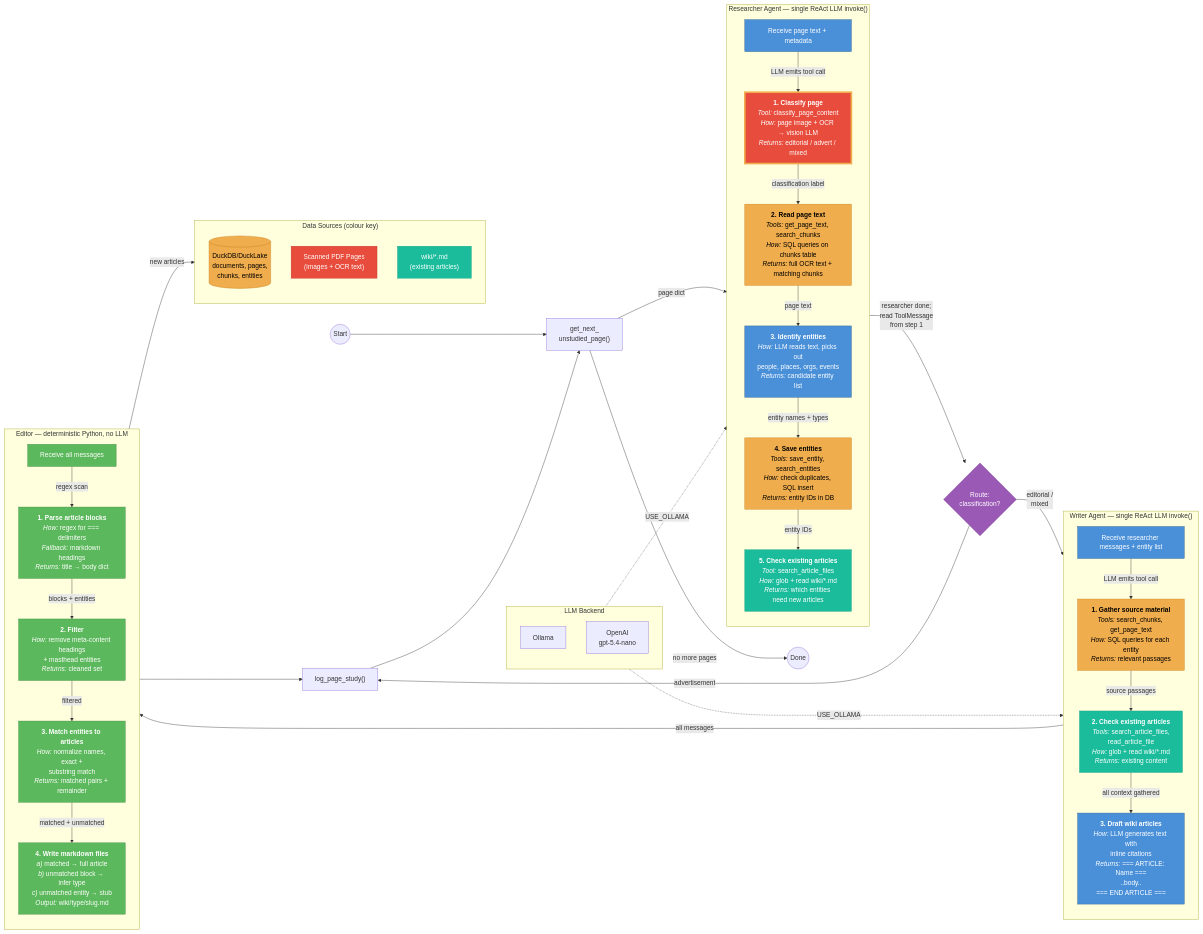
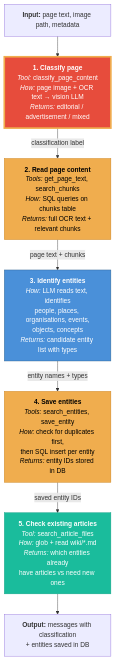
One commit to alastairrushworth/docswarm changed the second of 4 diagrams in docs/swarm-flow.md. Above: the diagram before and after it, drawn with Mermaid. The commit also changed other lines of this file, not shown here.

````diff
--- a/docs/swarm-flow.md
+++ b/docs/swarm-flow.md
@@ -3,135 +66,38 @@
 ```mermaid
-flowchart LR
-    subgraph KEY["Data Sources (colour key)"]
-        direction TB
-        DB[(DuckDB/DuckLake<br/>documents, pages,<br/>chunks, entities)]
-        PDF["Scanned PDF Pages<br/>(images + OCR text)"]
-        WIKI_IN["wiki/*.md<br/>(existing articles)"]
-    end
+flowchart TD
+    IN["<b>Input:</b> page text, image path, metadata"]
 
-    START((Start)) --> NEXT["get_next_<br/>unstudied_page()"]
-    NEXT -->|"page dict"| R
+    IN --> S1
 
-    subgraph LLM_BACKEND["LLM Backend"]
-        direction TB
-        OLLAMA["Ollama"]
-        OPENAI["OpenAI<br/>gpt-5.4-nano"]
-    end
+    S1["<b>1. Classify page</b><br/><i>Tool:</i> classify_page_content<br/><i>How:</i> page image + OCR text &rarr; vision LLM<br/><i>Returns:</i> editorial / advertisement / mixed"]
 
-    subgraph RESEARCHER["Researcher Agent — single ReAct LLM invoke()"]
-        direction TB
+    S1 -->|"classification label"| S2
 
-        R["Receive page text + metadata"]
+    S2["<b>2. Read page content</b><br/><i>Tools:</i> get_page_text, search_chunks<br/><i>How:</i> SQL queries on chunks table<br/><i>Returns:</i> full OCR text + relevant chunks"]
 
-        R -->|"LLM emits tool call"| R_CLASSIFY
+    S2 -->|"page text + chunks"| S3
 
-        R_CLASSIFY["<b>1. Classify page</b><br/><i>Tool:</i> classify_page_content<br/><i>How:</i> page image + OCR &rarr; vision LLM<br/><i>Returns:</i> editorial / advert / mixed"]
+    S3["<b>3. Identify entities</b><br/><i>How:</i> LLM reads text, identifies<br/>people, places, organisations, events,<br/>objects, concepts<br/><i>Returns:</i> candidate entity list with types"]
 
-        R_CLASSIFY -->|"classification label"| R_EXTRACT
+    S3 -->|"entity names + types"| S4
 
-        R_EXTRACT["<b>2. Read page text</b><br/><i>Tools:</i> get_page_text, search_chunks<br/><i>How:</i> SQL queries on chunks table<br/><i>Returns:</i> full OCR text + matching chunks"]
+    S4["<b>4. Save entities</b><br/><i>Tools:</i> search_entities, save_entity<br/><i>How:</i> check for duplicates first,<br/>then SQL insert per entity<br/><i>Returns:</i> entity IDs stored in DB"]
 
-        R_EXTRACT -->|"page text"| R_IDENTIFY
+    S4 -->|"saved entity IDs"| S5
 
-        R_IDENTIFY["<b>3. Identify entities</b><br/><i>How:</i> LLM reads text, picks out<br/>people, places, orgs, events<br/><i>Returns:</i> candidate entity list"]
+    S5["<b>5. Check existing articles</b><br/><i>Tool:</i> search_article_files<br/><i>How:</i> glob + read wiki/*.md<br/><i>Returns:</i> which entities already<br/>have articles vs need new ones"]
 
-        R_IDENTIFY -->|"entity names + types"| R_SAVE
-
-        R_SAVE["<b>4. Save entities</b><br/><i>Tools:</i> save_entity, search_entities<br/><i>How:</i> check duplicates, SQL insert<br/><i>Returns:</i> entity IDs in DB"]
-
-        R_SAVE -->|"entity IDs"| R_CHECK
-
-        R_CHECK["<b>5. Check existing articles</b><br/><i>Tool:</i> search_article_files<br/><i>How:</i> glob + read wiki/*.md<br/><i>Returns:</i> which entities need new articles"]
-    end
-
-    R_CHECK -->|"researcher done;<br/>read ToolMessage<br/>from step 1"| ROUTE
-
-    ROUTE{"Route:<br/>classification?"}
-    ROUTE -->|"advertisement"| MARK
-    ROUTE -->|"editorial /<br/>mixed"| W
-
-    subgraph WRITER["Writer Agent — single ReAct LLM invoke()"]
-        direction TB
-
-        W["Receive researcher messages + entity list"]
-
-        W -->|"LLM emits tool call"| W_READ
-
-        W_READ["<b>1. Gather source material</b><br/><i>Tools:</i> search_chunks, get_page_text<br/><i>How:</i> SQL queries for each entity<br/><i>Returns:</i> relevant passages"]
-
-        W_READ -->|"source passages"| W_SEARCH
-
-        W_SEARCH["<b>2. Check existing articles</b><br/><i>Tools:</i> search_article_files,<br/>read_article_file<br/><i>How:</i> glob + read wiki/*.md<br/><i>Returns:</i> existing content"]
-
-        W_SEARCH -->|"all context gathered"| W_DRAFT
-
-        W_DRAFT["<b>3. Draft wiki articles</b><br/><i>How:</i> LLM generates text with<br/>inline citations<br/><i>Returns:</i> === ARTICLE: Name ===<br/>..body..<br/>=== END ARTICLE ==="]
-    end
-
-    W_DRAFT -->|"all messages"| E
-
-    subgraph EDITOR["Editor — deterministic Python, no LLM"]
-        direction TB
-
-        E["Receive all messages"]
-
-        E -->|"regex scan"| E_PARSE
-
-        E_PARSE["<b>1. Parse article blocks</b><br/><i>How:</i> regex for === delimiters<br/><i>Fallback:</i> markdown headings<br/><i>Returns:</i> title &rarr; body dict"]
-
-        E_PARSE -->|"blocks + entities"| E_FILTER
-
-        E_FILTER["<b>2. Filter</b><br/><i>How:</i> remove meta-content headings<br/>+ masthead entities<br/><i>Returns:</i> cleaned set"]
-
-        E_FILTER -->|"filtered"| E_MATCH
-
-        E_MATCH["<b>3. Match entities to articles</b><br/><i>How:</i> normalize names, exact +<br/>substring match<br/><i>Returns:</i> matched pairs + remainder"]
-
-        E_MATCH -->|"matched + unmatched"| E_WRITE
-
-        E_WRITE["<b>4. Write markdown files</b><br/><i>a)</i> matched &rarr; full article<br/><i>b)</i> unmatched block &rarr; infer type<br/><i>c)</i> unmatched entity &rarr; stub<br/><i>Output:</i> wiki/type/slug.md"]
-    end
-
-    E_WRITE -->|"new articles"| WIKI_IN
-    E_WRITE --> MARK["log_page_study()"]
-    MARK --> NEXT
-
-    NEXT -->|"no more pages"| DONE((Done))
-
-    LLM_BACKEND -.->|"USE_OLLAMA"| RESEARCHER
-    LLM_BACKEND -.->|"USE_OLLAMA"| WRITER
+    S5 --> OUT["<b>Output:</b> messages with classification<br/>+ entities saved in DB"]
 
     %% Styling
-    classDef deterministic fill:#5cb85c,stroke:#3d8b3d,color:#fff
-    classDef decision fill:#9b59b6,stroke:#7d3c98,color:#fff
-
-    %% Data source colours
     classDef srcDb fill:#f0ad4e,stroke:#c77f1a,color:#000
-    classDef srcPdf fill:#e74c3c,stroke:#c0392b,color:#fff
     classDef srcWiki fill:#1abc9c,stroke:#16a085,color:#fff
     classDef srcMixed fill:#e74c3c,stroke:#f0ad4e,color:#fff,stroke-width:4px
     classDef srcLlm fill:#4a90d9,stroke:#2c5f8a,color:#fff
 
-    %% Researcher steps by data source
-    class R srcLlm
-    class R_CLASSIFY srcMixed
-    class R_EXTRACT srcDb
-    class R_IDENTIFY srcLlm
-    class R_SAVE srcDb
-    class R_CHECK srcWiki
-
-    %% Writer steps by data source
-    class W srcLlm
-    class W_READ srcDb
-    class W_SEARCH srcWiki
-    class W_DRAFT srcLlm
-
-    %% Editor steps
-    class E,E_PARSE,E_FILTER,E_MATCH,E_WRITE deterministic
-
-    %% Decision + key
-    class ROUTE decision
-    class DB srcDb
-    class PDF srcPdf
-    class WIKI_IN srcWiki
+    class S1 srcMixed
+    class S2 srcDb
+    class S3 srcLlm
+    class S4 srcDb
+    class S5 srcWiki
 ```
````
